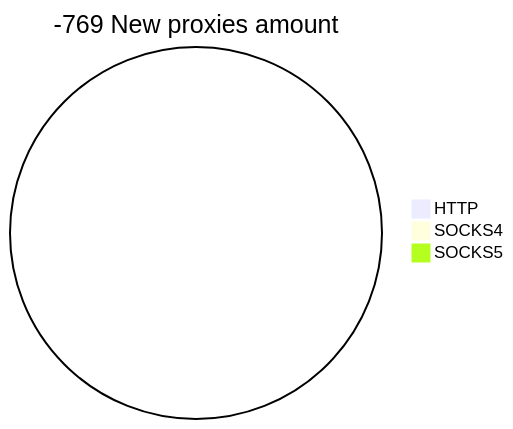
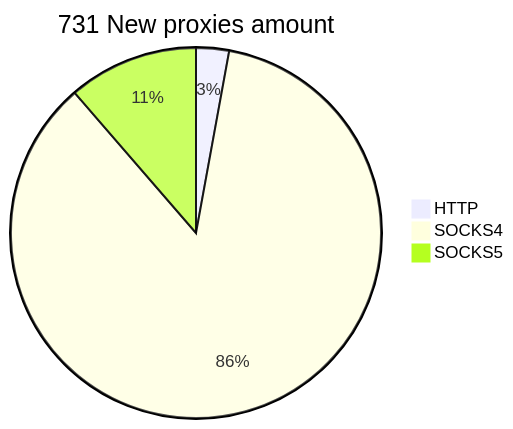
The second of 2 diagrams in README.md (cutipu/proxylist), drawn with Mermaid before and after one commit. The commit also changed other lines of this file, not shown here.

````diff
--- a/README.md
+++ b/README.md
@@ -10,6 +10,6 @@
 ```mermaid
-pie title -769 New proxies amount
-    "HTTP" : 0
-    "SOCKS4" : 0
-    "SOCKS5" : 0
+pie title 731 New proxies amount
+    "HTTP" : 21
+    "SOCKS4" : 627
+    "SOCKS5" : 83
 ```
````
